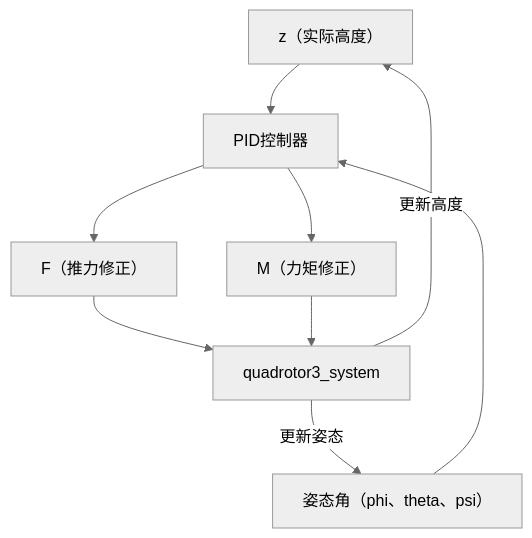
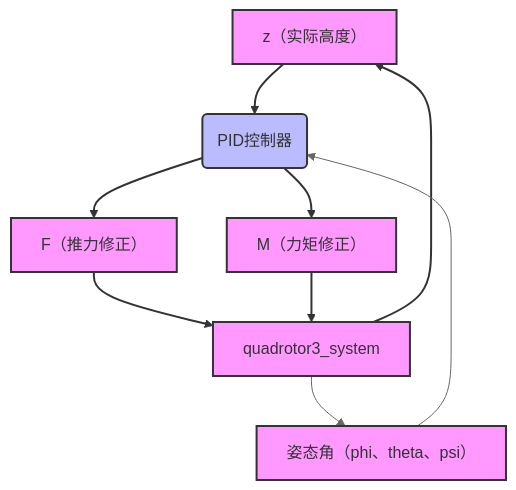
The third of 3 diagrams in 四旋翼无人机轨迹三维跟踪控制.md (chao-8xx/stackedit-app-data), drawn with Mermaid (neutral theme) before and after one commit. The commit also changed other lines of this file, not shown here.

Commit message:
四旋翼无人机轨迹三维跟踪控制.md updated from https://stackedit.cn/

````diff
--- a/四旋翼无人机轨迹三维跟踪控制.md
+++ b/四旋翼无人机轨迹三维跟踪控制.md
@@ -364,14 +365,23 @@
- ```mermaid
-   graph TD
-    A[z（实际高度）] -->B
-    B[PID控制器]
-    B --> C
-    C[F（推力修正）]
-    C --> D
-	D[quadrotor3_system]
-	D --> |更新高度|A
-	E[姿态角（phi、theta、psi）] --> B
-	B --> F[M（力矩修正）]
-	F --> D
-	D --> |更新姿态|E
-```
+```mermaid
+graph TD
+    A[z（实际高度）] --> B(PID控制器)
+    B --> C[F（推力修正）]
+    B --> F[M（力矩修正）]
+    C --> D[quadrotor3_system]
+    F --> D
+    D --> A
+    D --> E[姿态角（phi、theta、psi）]
+    E --> B
+    style A fill:#f9f,color:#333,stroke:#333,stroke-width:2px
+    style B fill:#bbf,color:#333,stroke:#333,stroke-width:2px
+    style C fill:#f9f,color:#333,stroke:#333,stroke-width:2px
+    style D fill:#f9f,color:#333,stroke:#333,stroke-width:2px
+    style E fill:#f9f,color:#333,stroke:#333,stroke-width:2px
+    style F fill:#f9f,color:#333,stroke:#333,stroke-width:2px
+    linkStyle 0 stroke:#333,stroke-width:2px,color:#333
+    linkStyle 1 stroke:#333,stroke-width:2px,color:#333
+    linkStyle 2 stroke:#333,stroke-width:2px,color:#333
+    linkStyle 3 stroke:#333,stroke-width:2px,color:#333
+    linkStyle 4 stroke:#333,stroke-width:2px,color:#333
+    linkStyle 5 stroke:#333,stroke-width:2px,color:#333
+   ```
````
